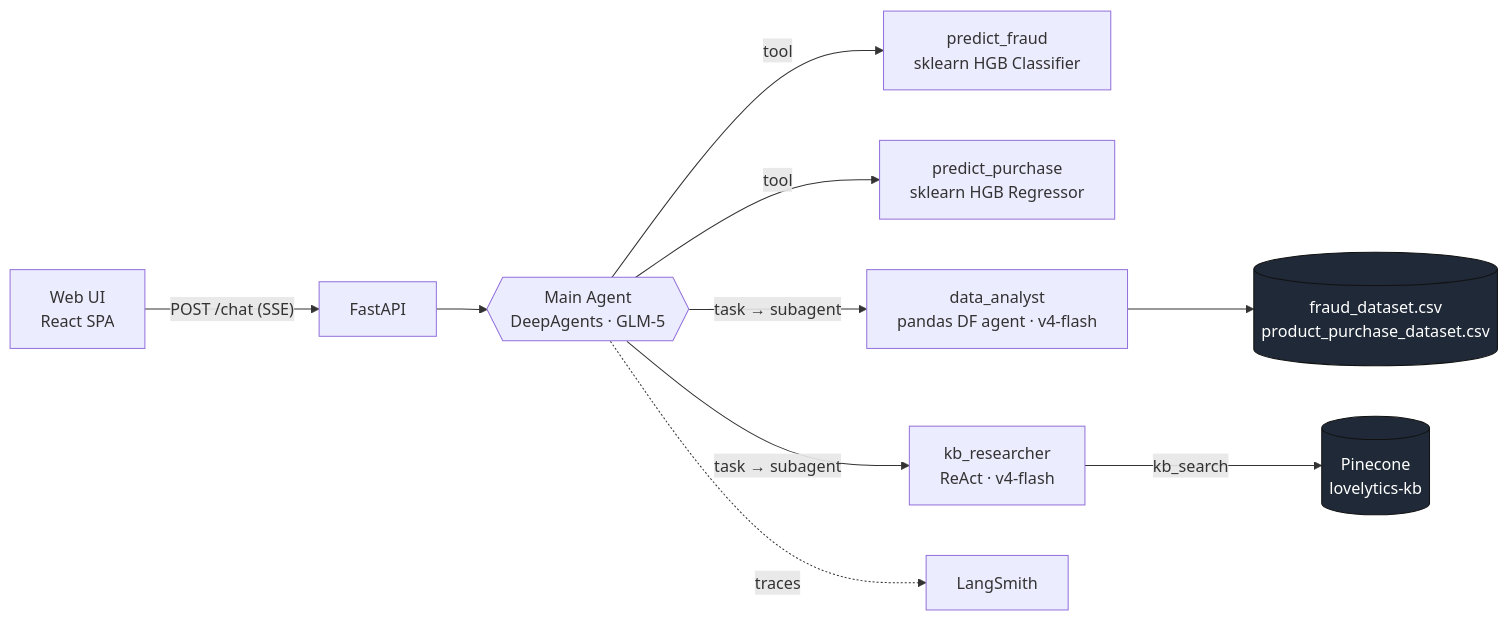
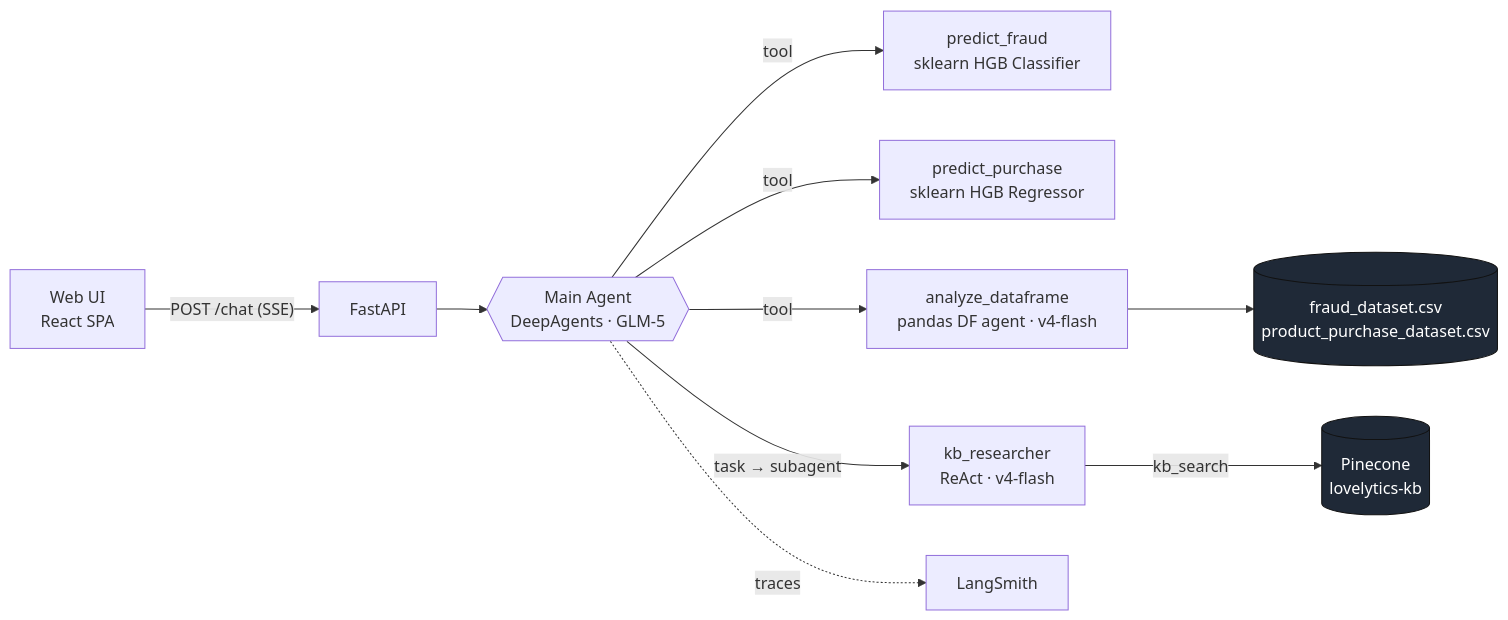
Before and after one commit to lukacerr/lovelytics: the first of 3 diagrams in README.md, drawn with Mermaid. The commit also changed other lines of this file and 25 other files, not shown here.

````diff
--- a/README.md
+++ b/README.md
@@ -29,15 +30,15 @@
 ```mermaid
 flowchart LR
   UI["Web UI<br/>React SPA"] -- "POST /chat (SSE)" --> API["FastAPI"]
   API --> AG{{"Main Agent<br/>DeepAgents · GLM-5"}}
   AG -->|tool| FM["predict_fraud<br/>sklearn HGB Classifier"]
   AG -->|tool| PM["predict_purchase<br/>sklearn HGB Regressor"]
-  AG -->|task → subagent| DA["data_analyst<br/>pandas DF agent · v4-flash"]
+  AG -->|tool| DA["analyze_dataframe<br/>pandas DF agent · v4-flash"]
   AG -->|task → subagent| KR["kb_researcher<br/>ReAct · v4-flash"]
   DA --> CSV[("fraud_dataset.csv<br/>product_purchase_dataset.csv")]
   KR -->|kb_search| PC[("Pinecone<br/>lovelytics-kb")]
   AG -. traces .-> LS["LangSmith"]
 
   classDef store fill:#1f2937,color:#fff,stroke:#111;
   class CSV,PC store;
 ```
````
